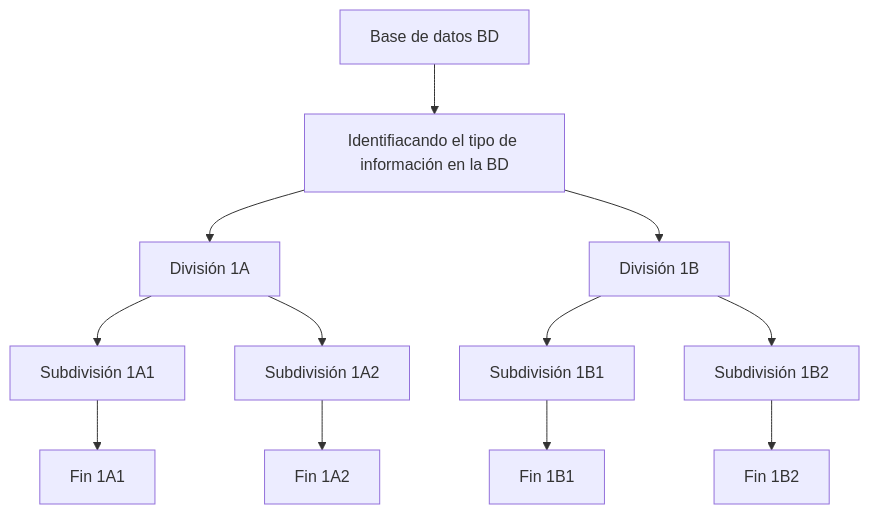
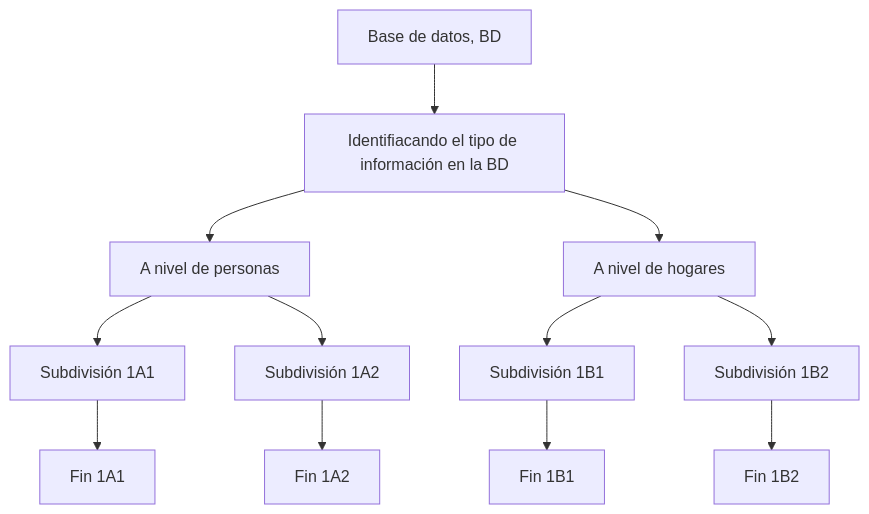
Before and after one commit to AlejandroPerezPortocarrero/Descriptive_analysis_ENAHO: the diagram in 01_Factores_expansión.md, drawn with Mermaid.

````diff
--- a/01_Factores_expansión.md
+++ b/01_Factores_expansión.md
@@ -67,14 +67,14 @@
 ```mermaid
 graph TD;
-    st[Base de datos BD] --> split1[Identifiacando el tipo de información en la BD];
-    split1 --> split2a[División 1A];
-    split1 --> split2b[División 1B];
+    st[Base de datos, BD] --> split1[Identifiacando el tipo de información en la BD];
+    split1 --> split2a[A nivel de personas];
+    split1 --> split2b[A nivel de hogares];
     split2a --> split3a[Subdivisión 1A1];
     split2a --> split3b[Subdivisión 1A2];
     split2b --> split5a[Subdivisión 1B1];
     split2b --> split5b[Subdivisión 1B2];
     split3a --> split4a[Fin 1A1];
     split3b --> split4b[Fin 1A2];
     split5a --> split6a[Fin 1B1];
     split5b --> split6b[Fin 1B2];
 ```
````
